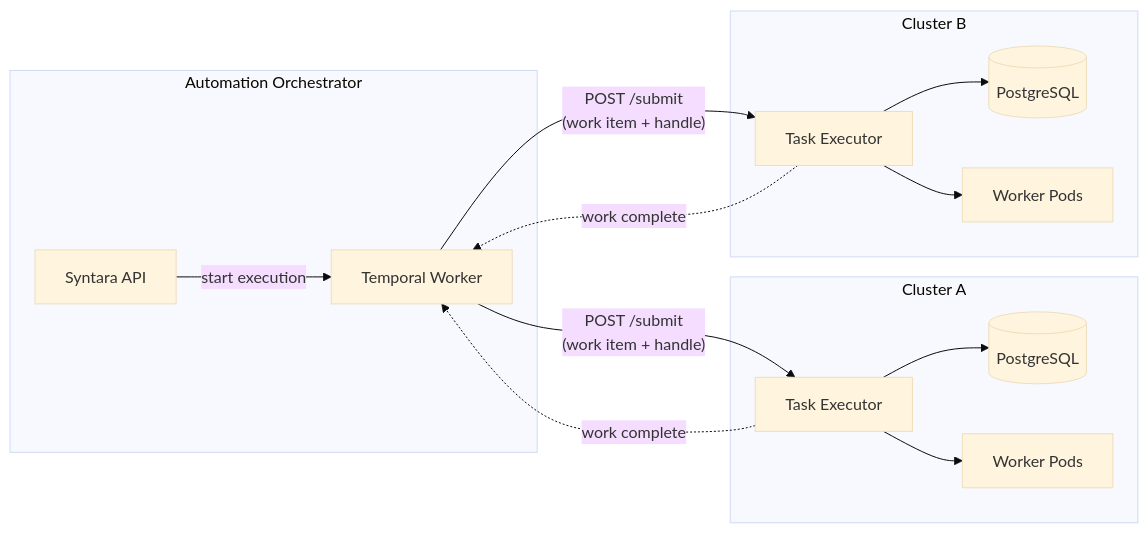
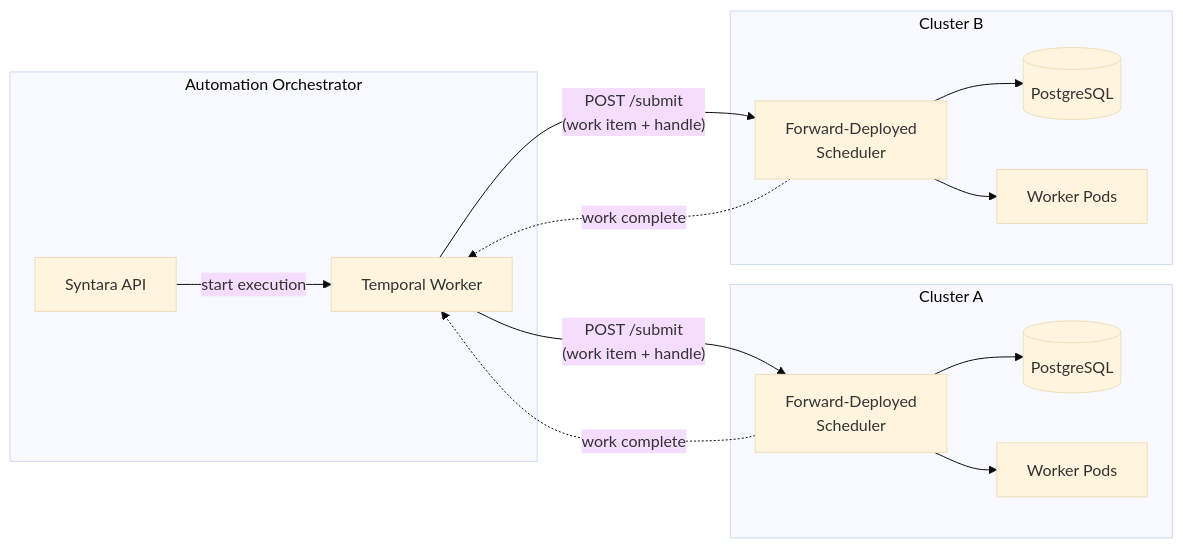
Before and after one commit to AlanCoding/syntara: the second of 4 diagrams in backend/docs/execution-plane-decisions.md, drawn with Mermaid (base theme). The commit also changed other lines of this file, not shown here.

Commit message:
docs(execution-plane): rename per-cluster nodes to Forward-Deployed Scheduler in D1

````diff
--- a/backend/docs/execution-plane-decisions.md
+++ b/backend/docs/execution-plane-decisions.md
@@ -50,29 +50,29 @@
 ```mermaid
 graph LR
     subgraph AO["Automation Orchestrator"]
         API["Syntara API"]
         TW["Temporal Worker"]
     end
 
     subgraph CLA["Cluster A"]
-        TE_A["Task Executor"]
+        FDS_A["Forward-Deployed<br/>Scheduler"]
         PG_A[("PostgreSQL")]
         WP_A["Worker Pods"]
     end
 
     subgraph CLB["Cluster B"]
-        TE_B["Task Executor"]
+        FDS_B["Forward-Deployed<br/>Scheduler"]
         PG_B[("PostgreSQL")]
         WP_B["Worker Pods"]
     end
 
     API -->|"start execution"| TW
-    TW -->|"POST /submit<br/>(work item + handle)"| TE_A
-    TW -->|"POST /submit<br/>(work item + handle)"| TE_B
-    TE_A --> PG_A
-    TE_A --> WP_A
-    TE_B --> PG_B
-    TE_B --> WP_B
-    TE_A -.->|"work complete"| TW
-    TE_B -.->|"work complete"| TW
+    TW -->|"POST /submit<br/>(work item + handle)"| FDS_A
+    TW -->|"POST /submit<br/>(work item + handle)"| FDS_B
+    FDS_A --> PG_A
+    FDS_A --> WP_A
+    FDS_B --> PG_B
+    FDS_B --> WP_B
+    FDS_A -.->|"work complete"| TW
+    FDS_B -.->|"work complete"| TW
 ```
````
